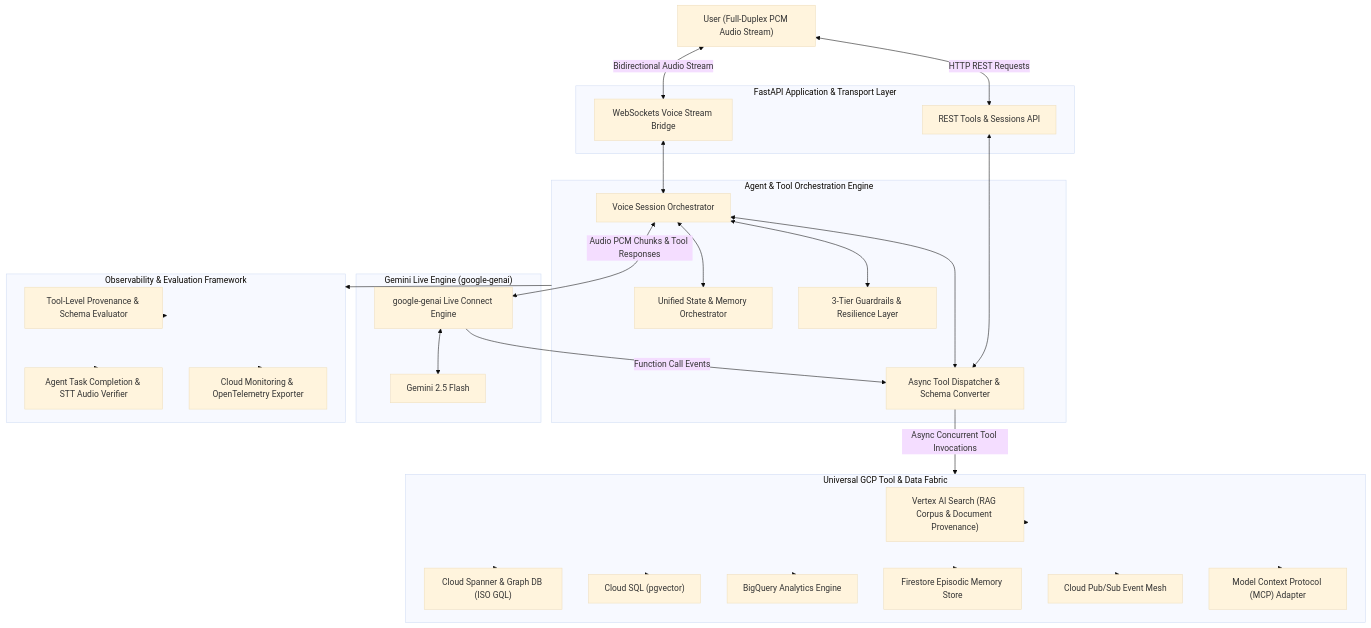
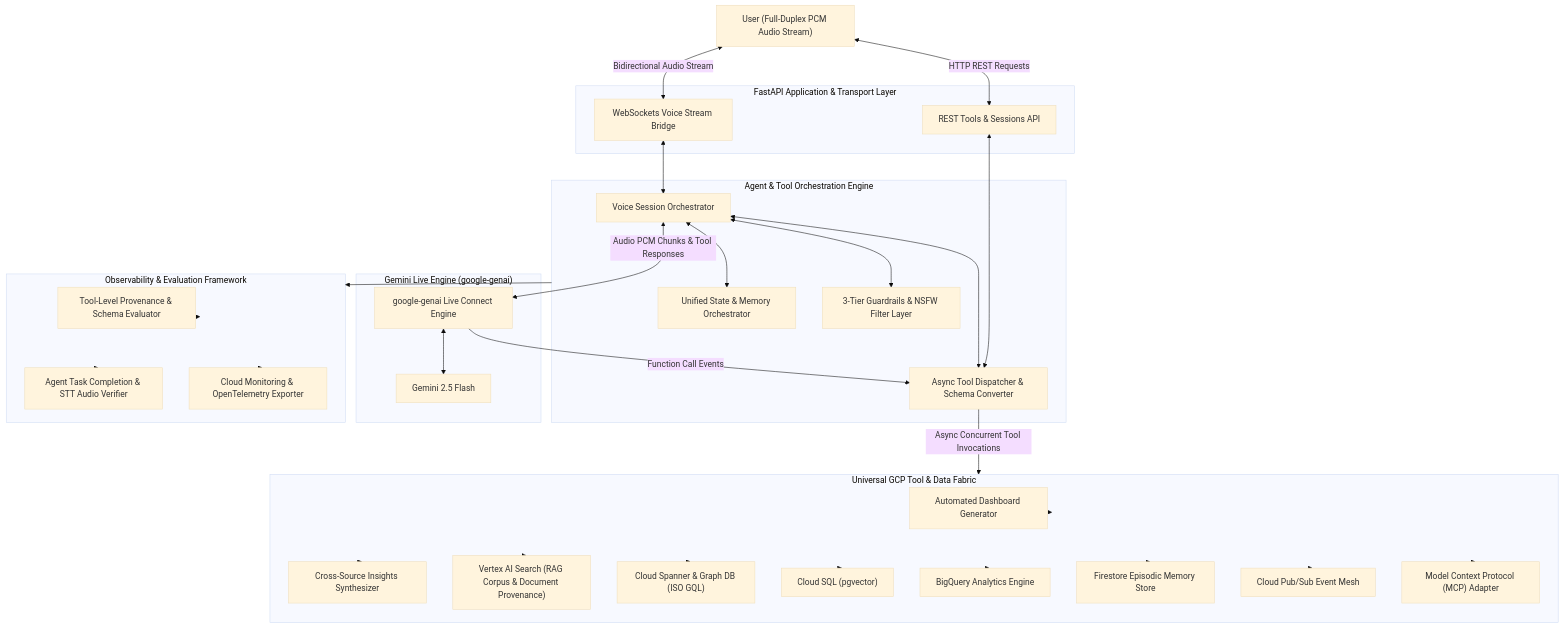
Before and after one commit to bhav09/gcp-voice-ai-framework: the diagram in README.md, drawn with Mermaid (base theme). The commit also changed other lines of this file and 6 other files, not shown here.

Commit message:
feat(dashboard-insights): add dashboard generator tool, cross-source insights engine, and strict nsfw/off-topic guardrails

````diff
--- a/README.md
+++ b/README.md
@@ -7,66 +7,70 @@
 ```mermaid
 flowchart TD
     User["User (Full-Duplex PCM Audio Stream)"]
     
     subgraph ServiceLayer["FastAPI Application & Transport Layer"]
         WSBridge["WebSockets Voice Stream Bridge"]
         RESTService["REST Tools & Sessions API"]
     end
 
     subgraph AgentOrchestration["Agent & Tool Orchestration Engine"]
         SessionOrchestrator["Voice Session Orchestrator"]
         ToolDispatcher["Async Tool Dispatcher & Schema Converter"]
         MemoryState["Unified State & Memory Orchestrator"]
-        GuardrailsEngine["3-Tier Guardrails & Resilience Layer"]
+        GuardrailsEngine["3-Tier Guardrails & NSFW Filter Layer"]
     end
 
     subgraph GeminiLiveEngine["Gemini Live Engine (google-genai)"]
         LiveClient["google-genai Live Connect Engine"]
         GeminiModel["Gemini 2.5 Flash"]
     end
 
     subgraph GCPFabric["Universal GCP Tool & Data Fabric"]
+        DashboardTool["Automated Dashboard Generator"]
+        InsightsTool["Cross-Source Insights Synthesizer"]
         RAGCorpus["Vertex AI Search (RAG Corpus & Document Provenance)"]
         SpannerDB["Cloud Spanner & Graph DB (ISO GQL)"]
         RelationalSQL["Cloud SQL (pgvector)"]
         DataWarehouse["BigQuery Analytics Engine"]
         NoSQLStore["Firestore Episodic Memory Store"]
         EventPubSub["Cloud Pub/Sub Event Mesh"]
         MCPAdapter["Model Context Protocol (MCP) Adapter"]
     end
 
     subgraph ObservabilityFramework["Observability & Evaluation Framework"]
         ToolEvaluator["Tool-Level Provenance & Schema Evaluator"]
         AgentEvaluator["Agent Task Completion & STT Audio Verifier"]
         TelemetryExporter["Cloud Monitoring & OpenTelemetry Exporter"]
     end
 
     User <-->|Bidirectional Audio Stream| WSBridge
     User <-->|HTTP REST Requests| RESTService
 
     WSBridge <--> SessionOrchestrator
     RESTService <--> ToolDispatcher
 
     SessionOrchestrator <--> MemoryState
     SessionOrchestrator <--> GuardrailsEngine
     SessionOrchestrator <--> ToolDispatcher
 
     SessionOrchestrator <-->|Audio PCM Chunks & Tool Responses| LiveClient
     LiveClient <--> GeminiModel
 
     LiveClient -->|Function Call Events| ToolDispatcher
     ToolDispatcher -->|Async Concurrent Tool Invocations| GCPFabric
     
+    GCPFabric --> DashboardTool
+    GCPFabric --> InsightsTool
     GCPFabric --> RAGCorpus
     GCPFabric --> SpannerDB
     GCPFabric --> RelationalSQL
     GCPFabric --> DataWarehouse
     GCPFabric --> NoSQLStore
     GCPFabric --> EventPubSub
     GCPFabric --> MCPAdapter
 
     AgentOrchestration --> ObservabilityFramework
     ObservabilityFramework --> ToolEvaluator
     ObservabilityFramework --> AgentEvaluator
     ObservabilityFramework --> TelemetryExporter
 ```
````
